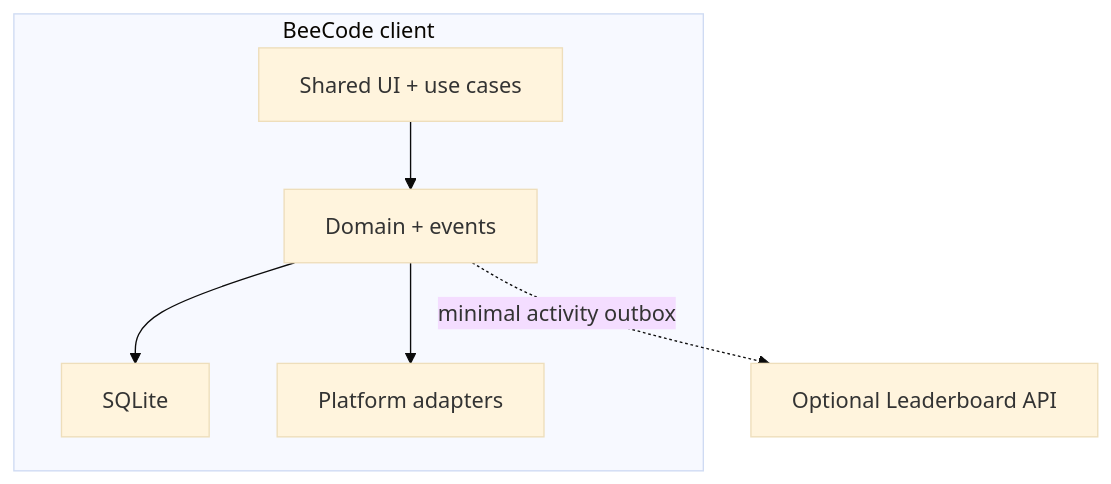
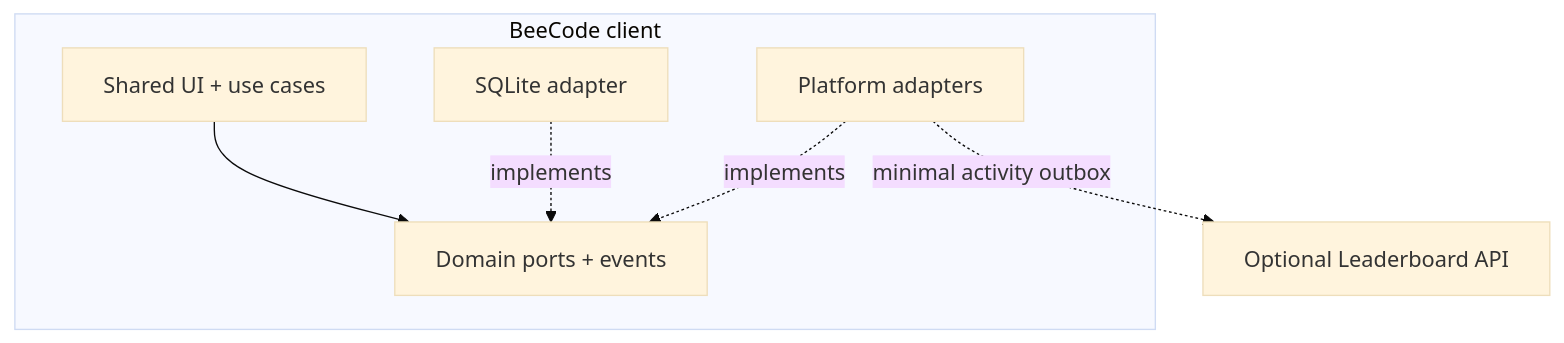
Before and after one commit to bee-san/BeeCode: the first of 2 diagrams in docs/architecture.md, drawn with Mermaid (base theme). The commit also changed other lines of this file and 11 other files, not shown here.

````diff
--- a/docs/architecture.md
+++ b/docs/architecture.md
@@ -22,14 +26,14 @@
 ```mermaid
 flowchart TD
     subgraph Client["BeeCode client"]
         App["Shared UI + use cases"]
-        Domain["Domain + events"]
-        Local["SQLite"]
+        Domain["Domain ports + events"]
+        Local["SQLite adapter"]
         Platform["Platform adapters"]
     end
     Social["Optional Leaderboard API"]
     App --> Domain
-    Domain --> Local
-    Domain --> Platform
-    Domain -. "minimal activity outbox" .-> Social
+    Local -. "implements" .-> Domain
+    Platform -. "implements" .-> Domain
+    Platform -. "minimal activity outbox" .-> Social
 ```
````
